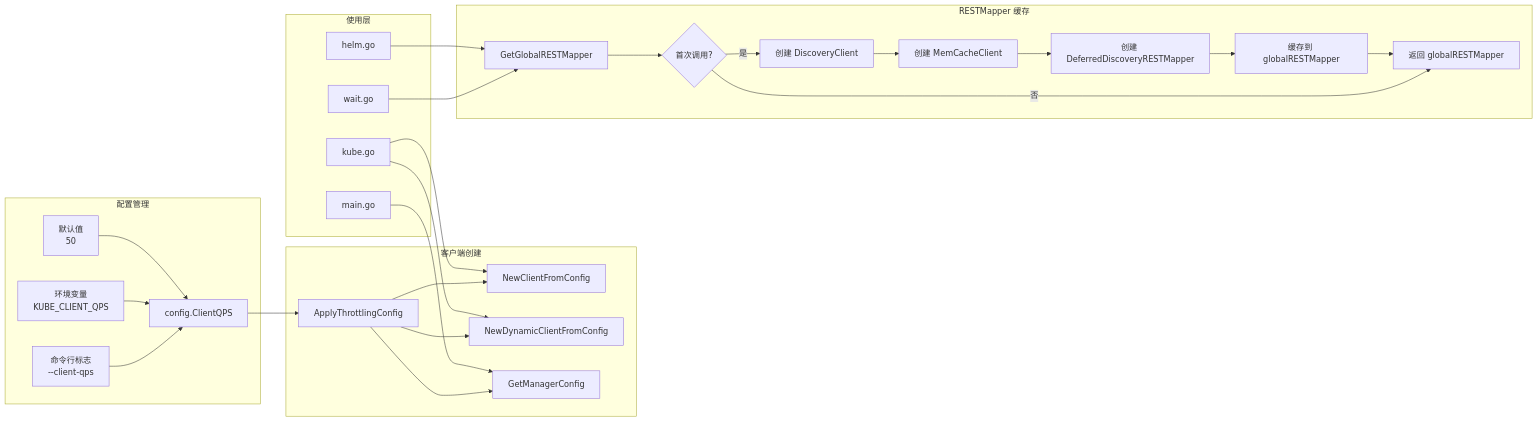
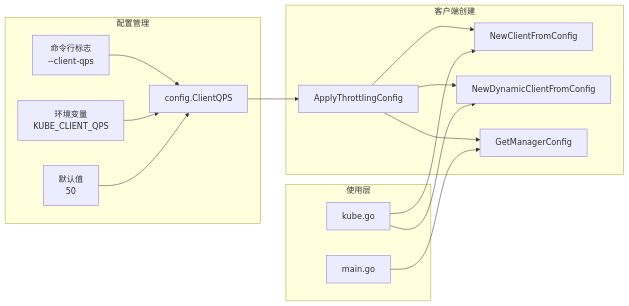
Before and after one commit to javadoors/cluster-api-provider-bke: the third of 7 diagrams in code/performance/report/api-throttling-optimization.md, drawn with Mermaid. The commit also changed other lines of this file, not shown here.

````diff
--- a/code/performance/report/api-throttling-optimization.md
+++ b/code/performance/report/api-throttling-optimization.md
@@ -506,33 +369,21 @@
 ```mermaid
 graph LR
     subgraph "配置管理"
         A[命令行标志<br/>--client-qps] --> C[config.ClientQPS]
         B[环境变量<br/>KUBE_CLIENT_QPS] --> C
         D[默认值<br/>50] --> C
     end
     
     subgraph "客户端创建"
         C --> E[ApplyThrottlingConfig]
         E --> F[NewClientFromConfig]
         E --> G[NewDynamicClientFromConfig]
         E --> H[GetManagerConfig]
     end
     
-    subgraph "RESTMapper 缓存"
-        I[GetGlobalRESTMapper] --> J{首次调用?}
-        J -->|是| K[创建 DiscoveryClient]
-        K --> L[创建 MemCacheClient]
-        L --> M[创建 DeferredDiscoveryRESTMapper]
-        M --> N[缓存到 globalRESTMapper]
-        J -->|否| O[返回 globalRESTMapper]
-        N --> O
-    end
-    
     subgraph "使用层"
         P[kube.go] --> F
         P --> G
         Q[main.go] --> H
-        R[wait.go] --> I
-        S[helm.go] --> I
     end
 ```
````
